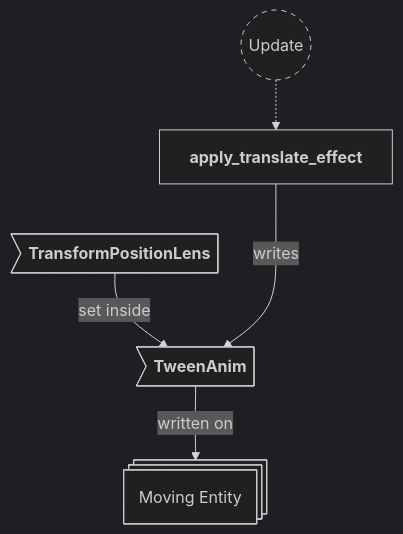
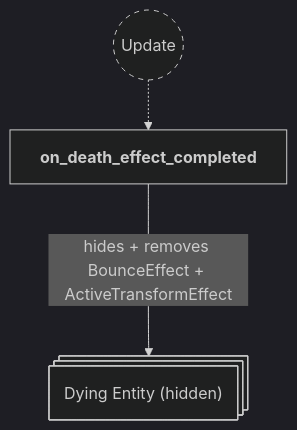
One commit to neurosoup/tyled changed diagram 18 of 25 in backlog/docs/doc-10 - 008-Effects-plugin.md. Above: the diagram before and after it, drawn with Mermaid. The commit also changed other lines of this file and 14 other files, not shown here.

First line of the commit message:
Add beam-origin illumination and fix knockback transform-effect race

````diff
--- a/backlog/docs/doc-10 - 008-Effects-plugin.md
+++ b/backlog/docs/doc-10 - 008-Effects-plugin.md
@@ -547,24 +767,18 @@
 ```mermaid
 ---
 config:
   theme: dark
 ---
 
 flowchart TD
 classDef system-group stroke-dasharray: 5 5
 
 update(("`Update`")):::system-group
-apply_translate_effect["`**apply_translate_effect**`"]
+on_death_effect_completed["`**on_death_effect_completed**`"]
 
-update -.-> apply_translate_effect
+update -.-> on_death_effect_completed
 
-moving_entity@{ shape: st-rect, label: "Moving Entity" }
+dead_entity@{ shape: st-rect, label: "Dying Entity (hidden)" }
 
-me_tween_anim>"`**TweenAnim**`"]
-me_tween_lens>"`**TransformPositionLens**`"]
-
-me_tween_lens --> |set inside| me_tween_anim
-me_tween_anim --> |written on| moving_entity
-
-apply_translate_effect ---> |writes| me_tween_anim
+on_death_effect_completed ---> |hides + removes BounceEffect + ActiveTransformEffect| dead_entity
 ```
````
